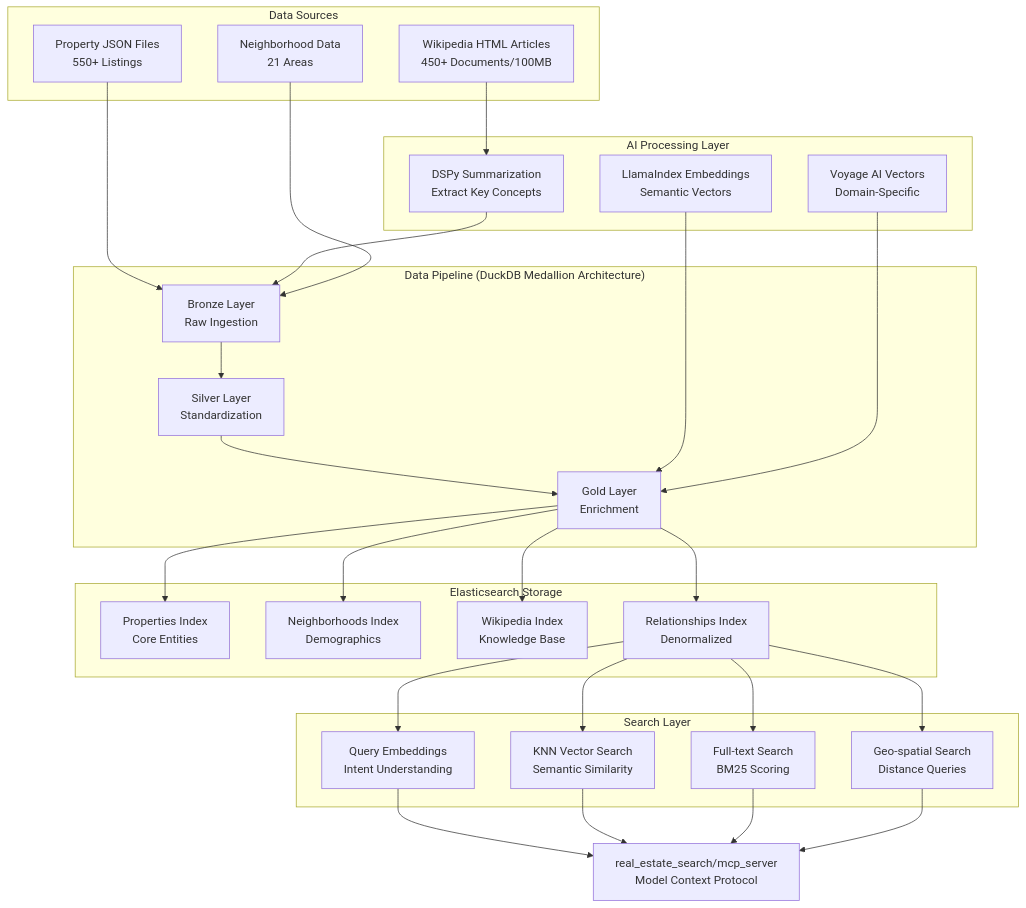
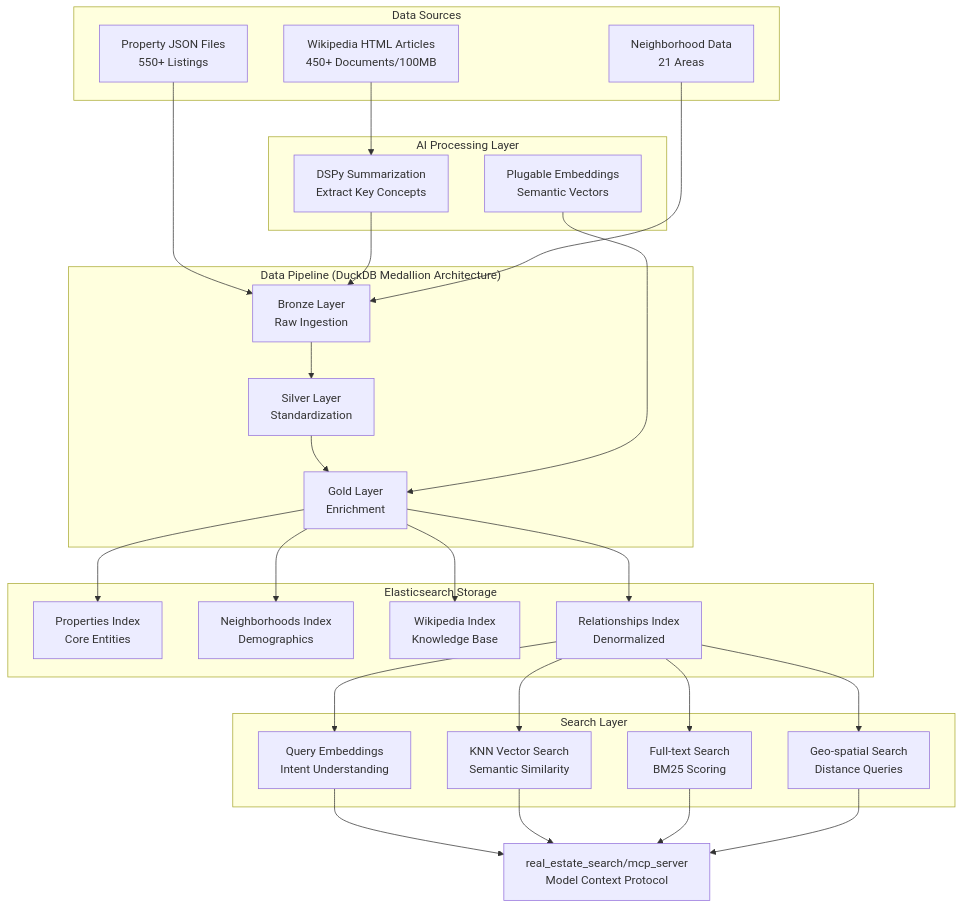
The first of 2 diagrams in README.md (retroryan/real_estate_ai_search), drawn with Mermaid before and after one commit.

````diff
--- a/README.md
+++ b/README.md
@@ -34,55 +34,53 @@
 ```mermaid
 graph TB
     subgraph "Data Sources"
         A[Property JSON Files<br/>550+ Listings] 
         B[Wikipedia HTML Articles<br/>450+ Documents/100MB]
         C[Neighborhood Data<br/>21 Areas]
     end
     
     subgraph "AI Processing Layer"
         D[DSPy Summarization<br/>Extract Key Concepts]
-        E[LlamaIndex Embeddings<br/>Semantic Vectors]
-        F[Voyage AI Vectors<br/>Domain-Specific]
+        E[Plugable Embeddings<br/>Semantic Vectors]
     end
     
     subgraph "Data Pipeline (DuckDB Medallion Architecture)"
         G[Bronze Layer<br/>Raw Ingestion]
         H[Silver Layer<br/>Standardization]
         I[Gold Layer<br/>Enrichment]
     end
     
     subgraph "Elasticsearch Storage"
         J[Properties Index<br/>Core Entities]
         K[Neighborhoods Index<br/>Demographics]
         L[Wikipedia Index<br/>Knowledge Base]
         M[Relationships Index<br/>Denormalized]
     end
     
     subgraph "Search Layer"
         N[Query Embeddings<br/>Intent Understanding]
         O[KNN Vector Search<br/>Semantic Similarity]
         P[Full-text Search<br/>BM25 Scoring]
         Q[Geo-spatial Search<br/>Distance Queries]
     end
     
     A --> G
     B --> D --> G
     C --> G
     G --> H
     H --> I
     E --> I
-    F --> I
     I --> J
     I --> K
     I --> L
     I --> M
     M --> N
     M --> O
     M --> P
     M --> Q
     
     N --> R[real_estate_search/mcp_server<br/>Model Context Protocol]
     O --> R
     P --> R
     Q --> R
 ```
````
